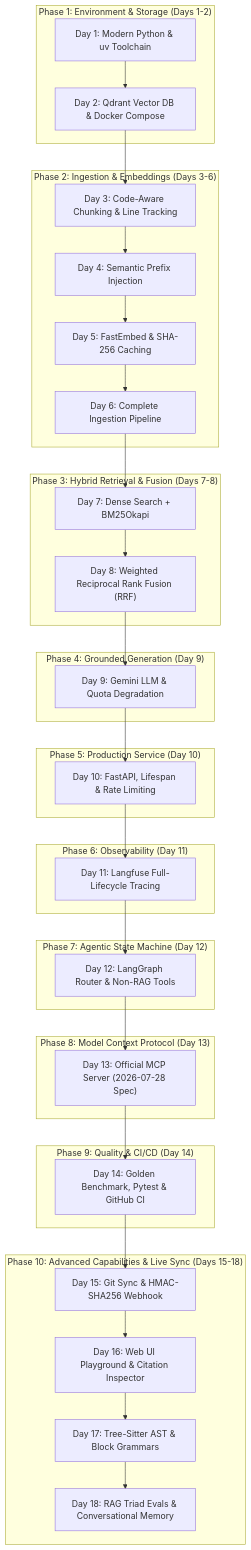
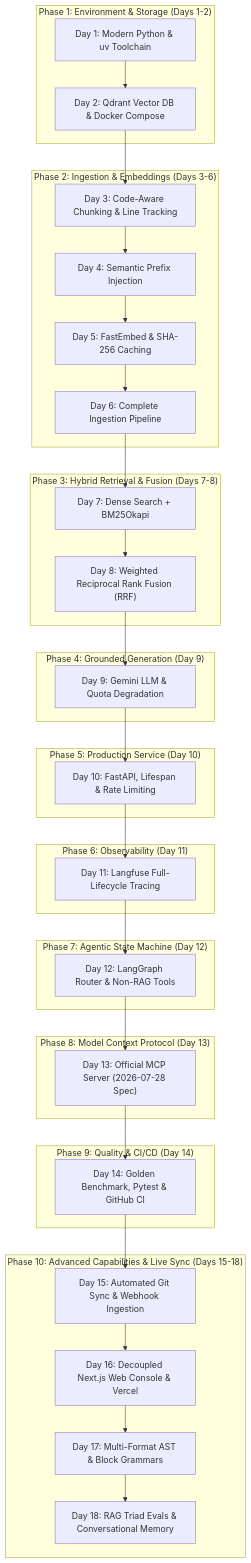
The diagram in docs/developer-guide/04-step-by-step-build-curriculum.md (krotrn/campus-connect-ai), drawn with Mermaid before and after one commit. The commit also changed other lines of this file and 14 other files, not shown here.

First line of the commit message:
refactor: transition from interactive web UI playground to decoupled Next.js frontend console

````diff
--- a/docs/developer-guide/04-step-by-step-build-curriculum.md
+++ b/docs/developer-guide/04-step-by-step-build-curriculum.md
@@ -17,52 +17,52 @@
 ```mermaid
 flowchart TD
     subgraph "Phase 1: Environment & Storage (Days 1-2)"
         D1["Day 1: Modern Python & uv Toolchain"]
         D2["Day 2: Qdrant Vector DB & Docker Compose"]
     end
 
     subgraph "Phase 2: Ingestion & Embeddings (Days 3-6)"
         D3["Day 3: Code-Aware Chunking & Line Tracking"]
         D4["Day 4: Semantic Prefix Injection"]
         D5["Day 5: FastEmbed & SHA-256 Caching"]
         D6["Day 6: Complete Ingestion Pipeline"]
     end
 
     subgraph "Phase 3: Hybrid Retrieval & Fusion (Days 7-8)"
         D7["Day 7: Dense Search + BM25Okapi"]
         D8["Day 8: Weighted Reciprocal Rank Fusion (RRF)"]
     end
 
     subgraph "Phase 4: Grounded Generation (Day 9)"
         D9["Day 9: Gemini LLM & Quota Degradation"]
     end
 
     subgraph "Phase 5: Production Service (Day 10)"
         D10["Day 10: FastAPI, Lifespan & Rate Limiting"]
     end
 
     subgraph "Phase 6: Observability (Day 11)"
         D11["Day 11: Langfuse Full-Lifecycle Tracing"]
     end
 
     subgraph "Phase 7: Agentic State Machine (Day 12)"
         D12["Day 12: LangGraph Router & Non-RAG Tools"]
     end
 
     subgraph "Phase 8: Model Context Protocol (Day 13)"
         D13["Day 13: Official MCP Server (2026-07-28 Spec)"]
     end
 
     subgraph "Phase 9: Quality & CI/CD (Day 14)"
         D14["Day 14: Golden Benchmark, Pytest & GitHub CI"]
     end
 
     subgraph "Phase 10: Advanced Capabilities & Live Sync (Days 15-18)"
-        D15["Day 15: Git Sync & HMAC-SHA256 Webhook"]
-        D16["Day 16: Web UI Playground & Citation Inspector"]
-        D17["Day 17: Tree-Sitter AST & Block Grammars"]
+        D15["Day 15: Automated Git Sync & Webhook Ingestion"]
+        D16["Day 16: Decoupled Next.js Web Console & Vercel"]
+        D17["Day 17: Multi-Format AST & Block Grammars"]
         D18["Day 18: RAG Triad Evals & Conversational Memory"]
     end
 
     D1 --> D2 --> D3 --> D4 --> D5 --> D6 --> D7 --> D8 --> D9 --> D10 --> D11 --> D12 --> D13 --> D14 --> D15 --> D16 --> D17 --> D18
 ```
````
